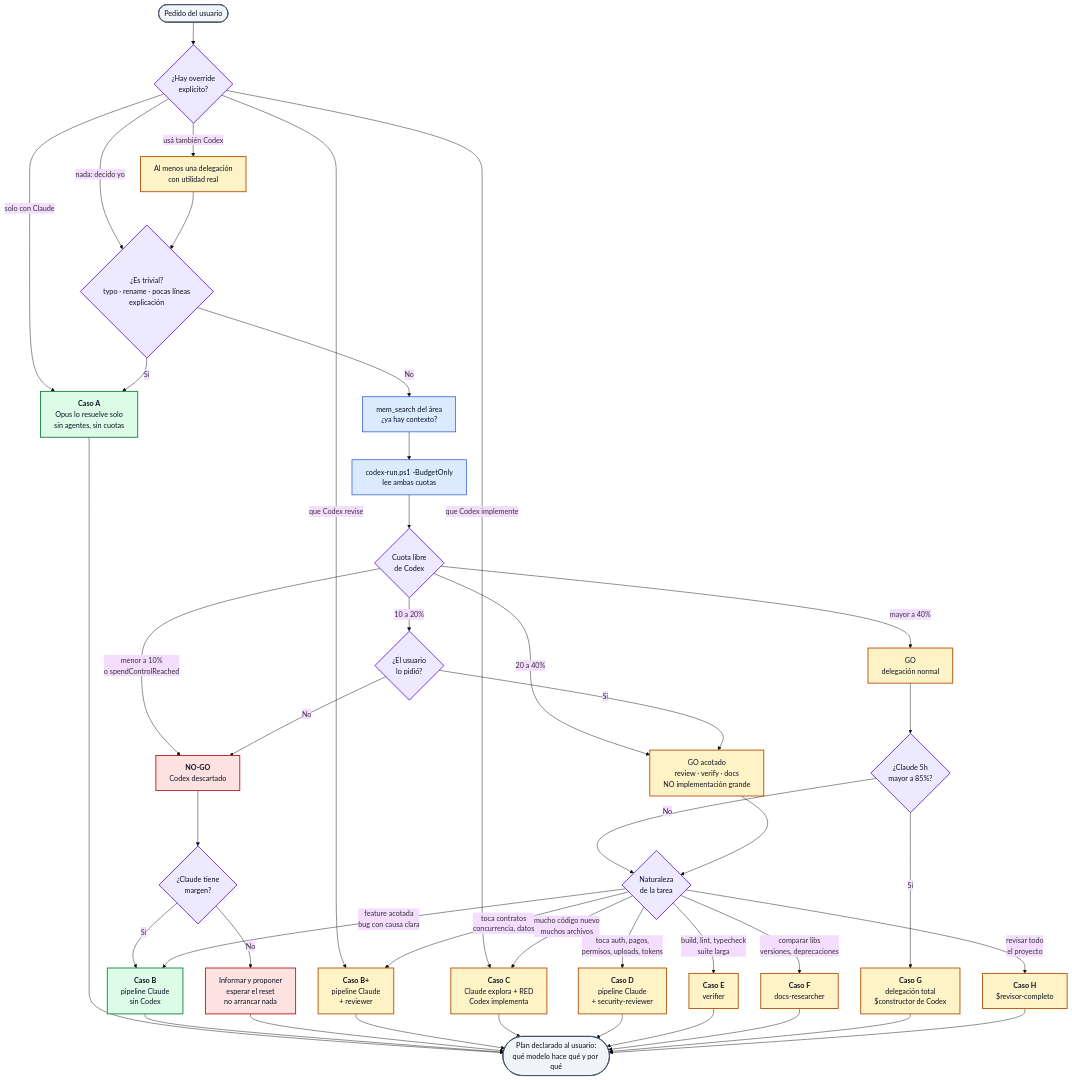
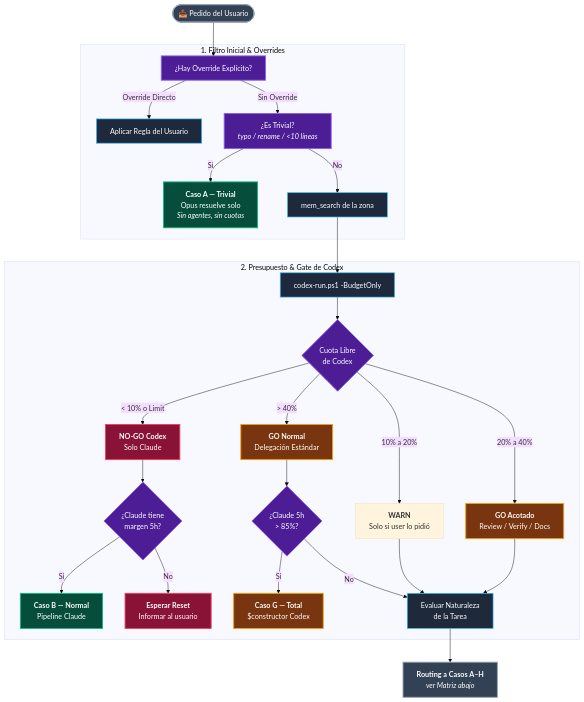
One commit to Javier12301/ClaudeGPT changed the second of 5 diagrams in README.md. Above: the diagram before and after it, drawn with Mermaid (base theme). The commit also changed other lines of this file and 1 other file, not shown here.

````diff
--- a/README.md
+++ b/README.md
@@ -164,73 +153,48 @@
 ```mermaid
 flowchart TD
-    REQ([Pedido del usuario]) --> OVR{¿Hay override<br/>explícito?}
+    REQ([📥 Pedido del Usuario]) --> OVR["¿Hay Override Explícito?"]
 
-    OVR -->|"solo con Claude"| RA
-    OVR -->|"que Codex implemente"| RC
-    OVR -->|"que Codex revise"| RBP
-    OVR -->|"usá también Codex"| FORCE["Al menos una delegación<br/>con utilidad real"]
-    OVR -->|"nada: decido yo"| TRIV
+    subgraph PHASE1["1. Filtro Inicial & Overrides"]
+        OVR -->|Override Directo| PROC["Aplicar Regla del Usuario"]
+        OVR -->|Sin Override| TRIV["¿Es Trivial?<br/><i>typo / rename / &lt;10 líneas</i>"]
+        TRIV -->|Sí| CASO_A["<b>Caso A — Trivial</b><br/>Opus resuelve solo<br/><i>Sin agentes, sin cuotas</i>"]
+        TRIV -->|No| MEM["mem_search de la zona"]
+    end
 
-    FORCE --> TRIV
+    MEM --> BUD["codex-run.ps1 -BudgetOnly"]
 
-    TRIV{"¿Es trivial?<br/>typo · rename · pocas líneas<br/>explicación"}
-    TRIV -->|Sí| RA["<b>Caso A</b><br/>Opus lo resuelve solo<br/>sin agentes, sin cuotas"]
-    TRIV -->|No| MEM["mem_search del área<br/>¿ya hay contexto?"]
+    subgraph PHASE2["2. Presupuesto & Gate de Codex"]
+        BUD --> GATE{"Cuota Libre<br/>de Codex"}
+        GATE -->|"< 10% o Limit"| NOGO["<b>NO-GO Codex</b><br/>Solo Claude"]
+        GATE -->|"10% a 20%"| WARN["<b>WARN</b><br/>Solo si user lo pidió"]
+        GATE -->|"20% a 40%"| PART["<b>GO Acotado</b><br/>Review / Verify / Docs"]
+        GATE -->|"> 40%"| FULL["<b>GO Normal</b><br/>Delegación Estándar"]
 
-    MEM --> BUD["codex-run.ps1 -BudgetOnly<br/>lee ambas cuotas"]
-    BUD --> GATE{"Cuota libre<br/>de Codex"}
+        NOGO --> CLQ{"¿Claude tiene<br/>margen 5h?"}
+        CLQ -->|Sí| CASO_B["<b>Caso B — Normal</b><br/>Pipeline Claude"]
+        CLQ -->|No| WAIT["<b>Esperar Reset</b><br/>Informar al usuario"]
 
-    GATE -->|"menor a 10%<br/>o spendControlReached"| NOGO["<b>NO-GO</b><br/>Codex descartado"]
-    GATE -->|"10 a 20%"| WARN{"¿El usuario<br/>lo pidió?"}
-    GATE -->|"20 a 40%"| PART["GO acotado<br/>review · verify · docs<br/>NO implementación grande"]
-    GATE -->|"mayor a 40%"| FULL["GO<br/>delegación normal"]
+        FULL --> CLP{"¿Claude 5h<br/>> 85%?"}
+        CLP -->|Sí| CASO_G["<b>Caso G — Total</b><br/>$constructor Codex"]
+        CLP -->|No| NAT_EVAL["Evaluar Naturaleza<br/>de la Tarea"]
+    end
 
-    WARN -->|No| NOGO
-    WARN -->|Sí| PART
+    WARN --> NAT_EVAL
+    PART --> NAT_EVAL
 
-    NOGO --> CLQ{"¿Claude tiene<br/>margen?"}
-    CLQ -->|Sí| RB
-    CLQ -->|No| WAIT["Informar y proponer<br/>esperar el reset<br/>no arrancar nada"]
+    NAT_EVAL --> ROUTE["<b>Routing a Casos A–H</b><br/><i>ver Matriz abajo</i>"]
 
-    FULL --> CLP{"¿Claude 5h<br/>mayor a 85%?"}
-    CLP -->|Sí| RG["<b>Caso G</b><br/>delegación total<br/>$constructor de Codex"]
-    CLP -->|No| NAT
+    classDef io fill:#334155,stroke:#94a3b8,stroke-width:2px,color:#ffffff
+    classDef gate fill:#4c1d95,stroke:#8b5cf6,stroke-width:2px,color:#ffffff
+    classDef soloClaude fill:#064e3b,stroke:#10b981,stroke-width:2px,color:#ffffff
+    classDef conCodex fill:#78350f,stroke:#f59e0b,stroke-width:2px,color:#ffffff
+    classDef stop fill:#881337,stroke:#f43f5e,stroke-width:2px,color:#ffffff
+    classDef step fill:#1e293b,stroke:#38bdf8,stroke-width:1.5px,color:#ffffff
 
-    PART --> NAT
-
-    NAT{"Naturaleza<br/>de la tarea"}
-    NAT -->|"toca auth, pagos,<br/>permisos, uploads, tokens"| RD["<b>Caso D</b><br/>pipeline Claude<br/>+ security-reviewer"]
-    NAT -->|"mucho código nuevo<br/>muchos archivos"| RC["<b>Caso C</b><br/>Claude explora + RED<br/>Codex implementa"]
-    NAT -->|"build, lint, typecheck<br/>suite larga"| RE["<b>Caso E</b><br/>verifier"]
-    NAT -->|"comparar libs<br/>versiones, deprecaciones"| RF["<b>Caso F</b><br/>docs-researcher"]
-    NAT -->|"revisar todo<br/>el proyecto"| RH["<b>Caso H</b><br/>$revisor-completo"]
-    NAT -->|"toca contratos<br/>concurrencia, datos"| RBP["<b>Caso B+</b><br/>pipeline Claude<br/>+ reviewer"]
-    NAT -->|"feature acotada<br/>bug con causa clara"| RB["<b>Caso B</b><br/>pipeline Claude<br/>sin Codex"]
-
-    RA --> DONE
-    RB --> DONE
-    WAIT --> DONE
-    RBP --> DONE
-    RC --> DONE
-    RD --> DONE
-    RE --> DONE
-    RF --> DONE
-    RG --> DONE
-    RH --> DONE
-
-    DONE([Plan declarado al usuario:<br/>qué modelo hace qué y por qué])
-
-    classDef soloClaude fill:#dcfce7,stroke:#15803d,stroke-width:2px,color:#0b1220
-    classDef conCodex fill:#fef3c7,stroke:#b45309,stroke-width:2px,color:#0b1220
-    classDef gate fill:#ede9fe,stroke:#6d28d9,stroke-width:2px,color:#0b1220
-    classDef stop fill:#fee2e2,stroke:#b91c1c,stroke-width:2px,color:#0b1220
-    classDef io fill:#f1f5f9,stroke:#475569,stroke-width:2px,color:#0b1220
-    classDef step fill:#dbeafe,stroke:#1d4ed8,stroke-width:1.5px,color:#0b1220
-
-    class RA,RB soloClaude
-    class RBP,RC,RD,RE,RF,RG,RH,PART,FULL,FORCE conCodex
-    class OVR,TRIV,GATE,WARN,CLQ,CLP,NAT gate
+    class REQ,ROUTE io
+    class OVR,TRIV,GATE,CLQ,CLP gate
+    class CASO_A,CASO_B soloClaude
+    class PART,FULL,CASO_G conCodex
     class NOGO,WAIT stop
-    class REQ,DONE io
-    class MEM,BUD step
+    class PROC,MEM,BUD,NAT_EVAL step
 ```
````
